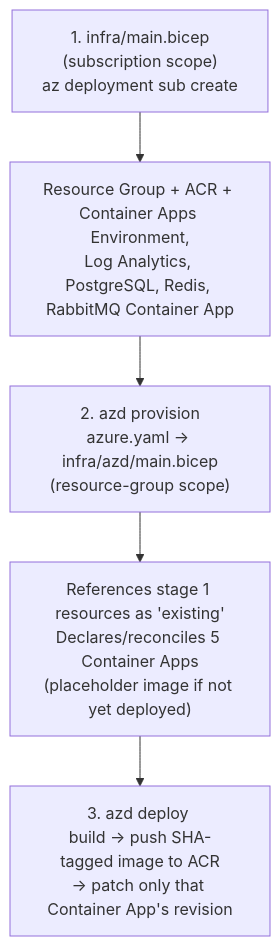
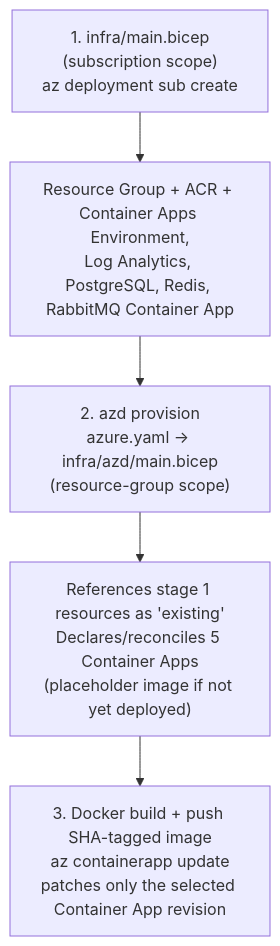
One commit to Xebia-Xpirit-Assessments/assessment-joostvoskuil changed the diagram in .github/skills/infra-deployment-standards/SKILL.md. Above: the diagram before and after it, drawn with Mermaid. The commit also changed other lines of this file and 6 other files, not shown here.

````diff
--- a/.github/skills/infra-deployment-standards/SKILL.md
+++ b/.github/skills/infra-deployment-standards/SKILL.md
@@ -25,7 +25,7 @@
 ```mermaid
 flowchart TD
     A["1. infra/main.bicep\n(subscription scope)\naz deployment sub create"] --> A1["Resource Group + ACR + Container Apps Environment,\nLog Analytics, PostgreSQL, Redis, RabbitMQ Container App"]
     A1 --> C["2. azd provision\nazure.yaml -> infra/azd/main.bicep\n(resource-group scope)"]
     C --> C1["References stage 1 resources as 'existing'\nDeclares/reconciles 5 Container Apps\n(placeholder image if not yet deployed)"]
-    C1 --> D["3. azd deploy <service>\nbuild -> push SHA-tagged image to ACR\n-> patch only that Container App's revision"]
+    C1 --> D["3. Docker build + push SHA-tagged image\naz containerapp update\npatches only the selected Container App revision"]
 ```
````
